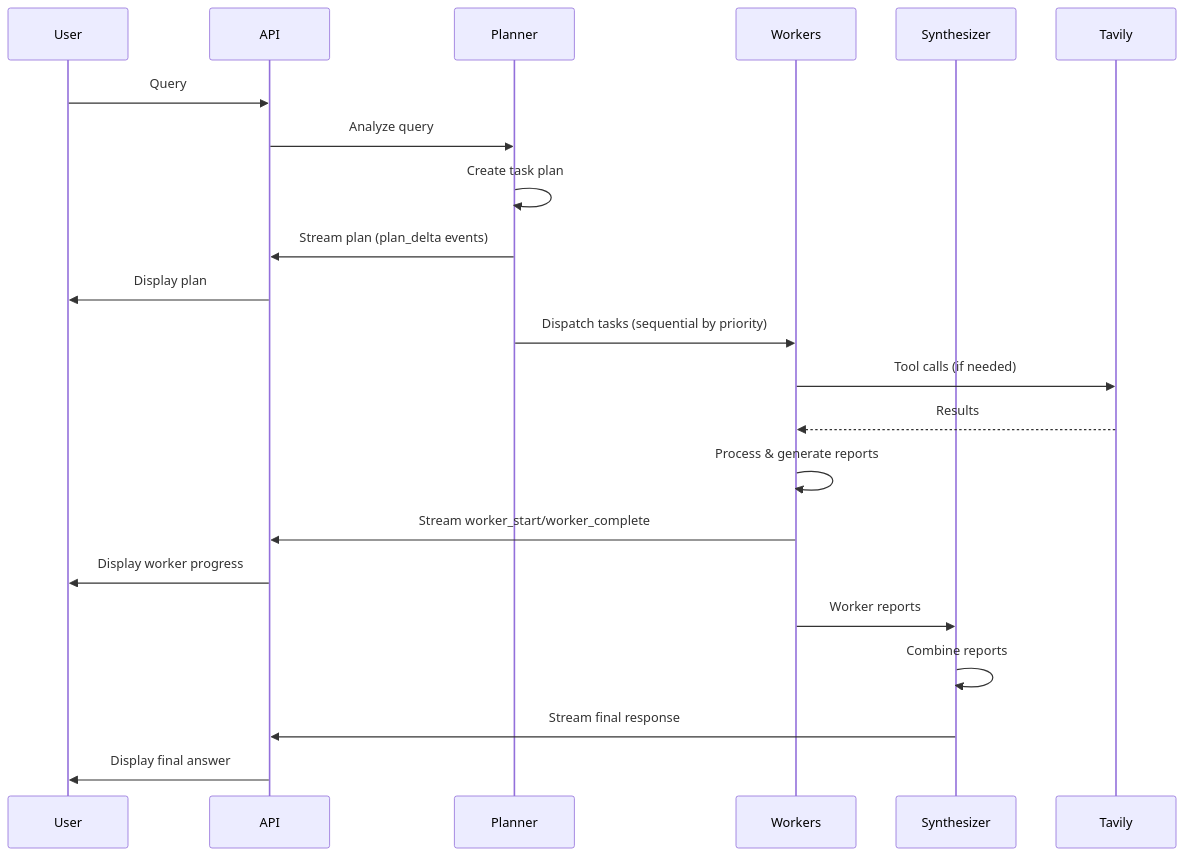
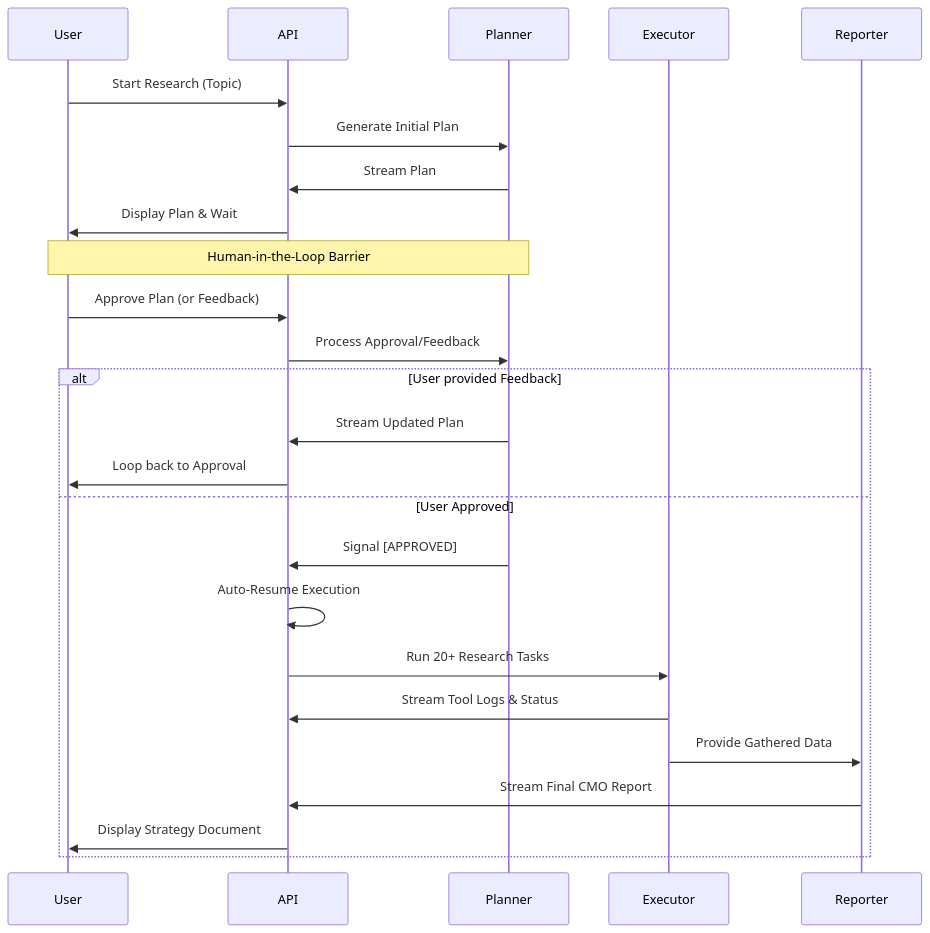
The second of 2 diagrams in README.md (buildwithgagan/marketing-agents-team), drawn with Mermaid before and after one commit. The commit also changed other lines of this file, not shown here.

````diff
--- a/README.md
+++ b/README.md
@@ -151,27 +98,31 @@
 ```mermaid
 sequenceDiagram
     participant User
     participant API
     participant Planner
-    participant Workers
-    participant Synthesizer
-    participant Tavily
+    participant Executor
+    participant Reporter
 
-    User->>API: Query
-    API->>Planner: Analyze query
-    Planner->>Planner: Create task plan
-    Planner->>API: Stream plan (plan_delta events)
-    API->>User: Display plan
+    User->>API: Start Research (Topic)
+    API->>Planner: Generate Initial Plan
+    Planner->>API: Stream Plan
+    API->>User: Display Plan & Wait
 
-    Planner->>Workers: Dispatch tasks (sequential by priority)
-    Workers->>Tavily: Tool calls (if needed)
-    Tavily-->>Workers: Results
-    Workers->>Workers: Process & generate reports
-    Workers->>API: Stream worker_start/worker_complete
-    API->>User: Display worker progress
+    Note over User, Planner: Human-in-the-Loop Barrier
 
-    Workers->>Synthesizer: Worker reports
-    Synthesizer->>Synthesizer: Combine reports
-    Synthesizer->>API: Stream final response
-    API->>User: Display final answer
+    User->>API: Approve Plan (or Feedback)
+    API->>Planner: Process Approval/Feedback
+    
+    alt User provided Feedback
+        Planner->>API: Stream Updated Plan
+        API->>User: Loop back to Approval
+    else User Approved
+        Planner->>API: Signal [APPROVED]
+        API->>API: Auto-Resume Execution
+        API->>Executor: Run 20+ Research Tasks
+        Executor->>API: Stream Tool Logs & Status
+        Executor->>Reporter: Provide Gathered Data
+        Reporter->>API: Stream Final CMO Report
+        API->>User: Display Strategy Document
+    end
 ```
````
